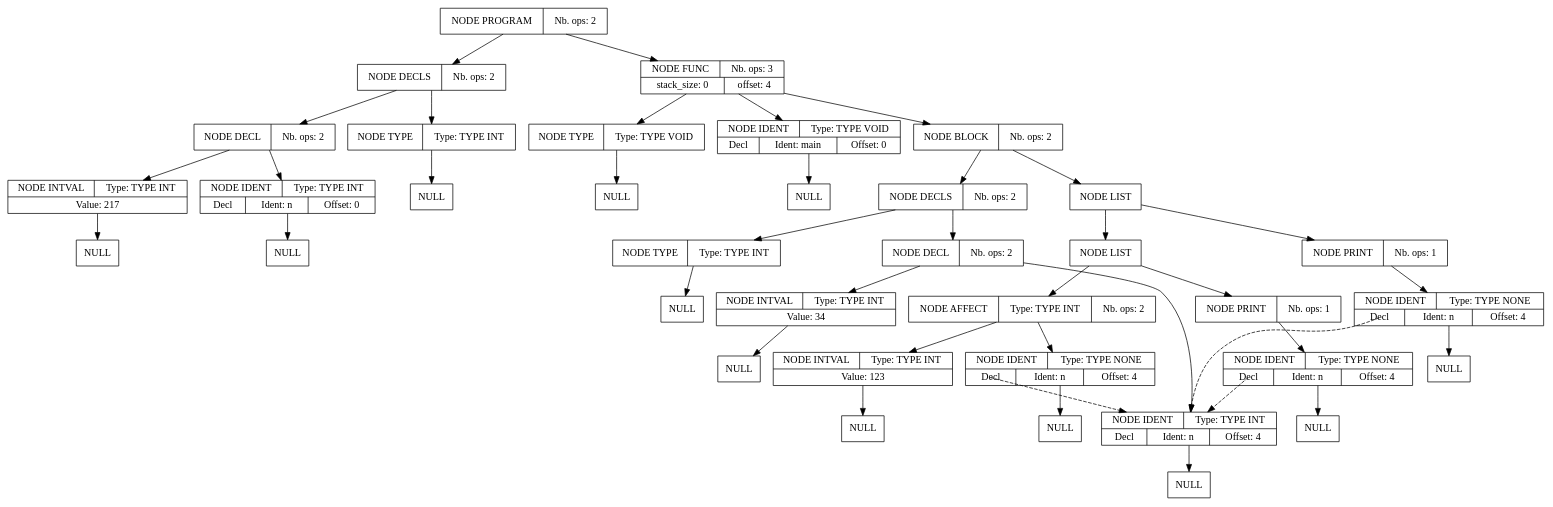
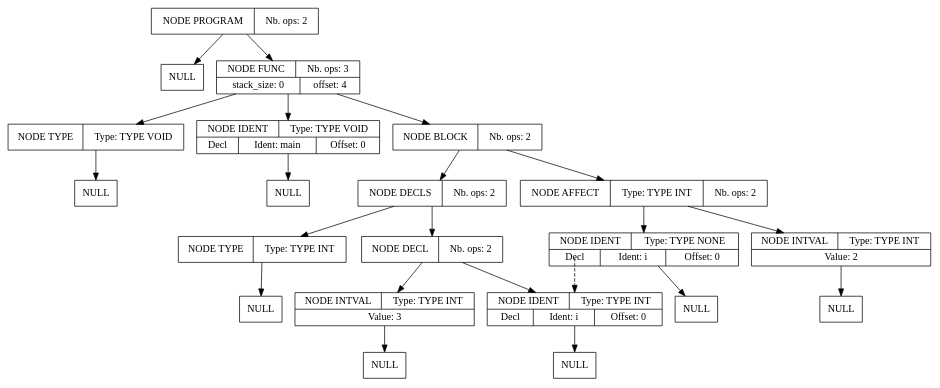
Before and after one commit to Serial-DeV/Compilation: the diagram in projet_compilation_src/src/fichier_dump_fin.dot, drawn with Graphviz. The commit also changed 3 other files, not shown here.

```diff
--- a/projet_compilation_src/src/fichier_dump_fin.dot
+++ b/projet_compilation_src/src/fichier_dump_fin.dot
@@ -1,114 +1,65 @@
 digraph global_vars {
     N1 [shape=record, label="{{NODE PROGRAM|Nb. ops: 2}}"];
-    N2 [shape=record, label="{{NODE DECLS|Nb. ops: 2}}"];
-    N3 [shape=record, label="{{NODE TYPE|Type: TYPE INT}}"];
-    N4 [shape=record, label="{{NULL}}"];
+    N2 [shape=record, label="{{NULL}}"];
+    edge[tailclip=true];
+    N1 -> N2
+    N3 [shape=record, label="{{NODE FUNC|Nb. ops: 3}|{stack_size: 0|offset: 4}}"];
+    N4 [shape=record, label="{{NODE TYPE|Type: TYPE VOID}}"];
+    N5 [shape=record, label="{{NULL}}"];
+    edge[tailclip=true];
+    N4 -> N5
     edge[tailclip=true];
     N3 -> N4
-    edge[tailclip=true];
-    N2 -> N3
-    N5 [shape=record, label="{{NODE DECL|Nb. ops: 2}}"];
-    N6 [shape=record, label="{{NODE IDENT|Type: TYPE INT}|{<decl>Decl      |Ident: n|Offset: 0}}"];
+    N6 [shape=record, label="{{NODE IDENT|Type: TYPE VOID}|{<decl>Decl      |Ident: main|Offset: 0}}"];
     N7 [shape=record, label="{{NULL}}"];
     edge[tailclip=true];
     N6 -> N7
     edge[tailclip=true];
-    N5 -> N6
-    N8 [shape=record, label="{{NODE INTVAL|Type: TYPE INT}|{Value: 217}}"];
-    N9 [shape=record, label="{{NULL}}"];
-    edge[tailclip=true];
-    N8 -> N9
-    edge[tailclip=true];
-    N5 -> N8
-    edge[tailclip=true];
-    N2 -> N5
-    edge[tailclip=true];
-    N1 -> N2
-    N10 [shape=record, label="{{NODE FUNC|Nb. ops: 3}|{stack_size: 0|offset: 4}}"];
-    N11 [shape=record, label="{{NODE TYPE|Type: TYPE VOID}}"];
-    N12 [shape=record, label="{{NULL}}"];
-    edge[tailclip=true];
-    N11 -> N12
+    N3 -> N6
+    N8 [shape=record, label="{{NODE BLOCK|Nb. ops: 2}}"];
+    N9 [shape=record, label="{{NODE DECLS|Nb. ops: 2}}"];
+    N10 [shape=record, label="{{NODE TYPE|Type: TYPE INT}}"];
+    N11 [shape=record, label="{{NULL}}"];
     edge[tailclip=true];
     N10 -> N11
-    N13 [shape=record, label="{{NODE IDENT|Type: TYPE VOID}|{<decl>Decl      |Ident: main|Offset: 0}}"];
+    edge[tailclip=true];
+    N9 -> N10
+    N12 [shape=record, label="{{NODE DECL|Nb. ops: 2}}"];
+    N13 [shape=record, label="{{NODE IDENT|Type: TYPE INT}|{<decl>Decl      |Ident: i|Offset: 0}}"];
     N14 [shape=record, label="{{NULL}}"];
     edge[tailclip=true];
     N13 -> N14
     edge[tailclip=true];
-    N10 -> N13
-    N15 [shape=record, label="{{NODE BLOCK|Nb. ops: 2}}"];
-    N16 [shape=record, label="{{NODE DECLS|Nb. ops: 2}}"];
-    N17 [shape=record, label="{{NODE TYPE|Type: TYPE INT}}"];
-    N18 [shape=record, label="{{NULL}}"];
+    N12 -> N13
+    N15 [shape=record, label="{{NODE INTVAL|Type: TYPE INT}|{Value: 3}}"];
+    N16 [shape=record, label="{{NULL}}"];
+    edge[tailclip=true];
+    N15 -> N16
+    edge[tailclip=true];
+    N12 -> N15
+    edge[tailclip=true];
+    N9 -> N12
+    edge[tailclip=true];
+    N8 -> N9
+    N17 [shape=record, label="{{NODE AFFECT|Type: TYPE INT|Nb. ops: 2}}"];
+    N18 [shape=record, label="{{NODE IDENT|Type: TYPE NONE}|{<decl>Decl      |Ident: i|Offset: 0}}"];
+    edge[tailclip=false];
+    "N18":decl:c -> "N13" [style=dashed]
+    N19 [shape=record, label="{{NULL}}"];
+    edge[tailclip=true];
+    N18 -> N19
     edge[tailclip=true];
     N17 -> N18
-    edge[tailclip=true];
-    N16 -> N17
-    N19 [shape=record, label="{{NODE DECL|Nb. ops: 2}}"];
-    N20 [shape=record, label="{{NODE IDENT|Type: TYPE INT}|{<decl>Decl      |Ident: n|Offset: 4}}"];
+    N20 [shape=record, label="{{NODE INTVAL|Type: TYPE INT}|{Value: 2}}"];
     N21 [shape=record, label="{{NULL}}"];
     edge[tailclip=true];
     N20 -> N21
     edge[tailclip=true];
-    N19 -> N20
-    N22 [shape=record, label="{{NODE INTVAL|Type: TYPE INT}|{Value: 34}}"];
-    N23 [shape=record, label="{{NULL}}"];
+    N17 -> N20
     edge[tailclip=true];
-    N22 -> N23
+    N8 -> N17
     edge[tailclip=true];
-    N19 -> N22
+    N3 -> N8
     edge[tailclip=true];
-    N16 -> N19
-    edge[tailclip=true];
-    N15 -> N16
-    N24 [shape=record, label="{{NODE LIST}}"];
-    N25 [shape=record, label="{{NODE LIST}}"];
-    N26 [shape=record, label="{{NODE PRINT|Nb. ops: 1}}"];
-    N27 [shape=record, label="{{NODE IDENT|Type: TYPE NONE}|{<decl>Decl      |Ident: n|Offset: 4}}"];
-    edge[tailclip=false];
-    "N27":decl:c -> "N20" [style=dashed]
-    N28 [shape=record, label="{{NULL}}"];
-    edge[tailclip=true];
-    N27 -> N28
-    edge[tailclip=true];
-    N26 -> N27
-    edge[tailclip=true];
-    N25 -> N26
-    N29 [shape=record, label="{{NODE AFFECT|Type: TYPE INT|Nb. ops: 2}}"];
-    N30 [shape=record, label="{{NODE IDENT|Type: TYPE NONE}|{<decl>Decl      |Ident: n|Offset: 4}}"];
-    edge[tailclip=false];
-    "N30":decl:c -> "N20" [style=dashed]
-    N31 [shape=record, label="{{NULL}}"];
-    edge[tailclip=true];
-    N30 -> N31
-    edge[tailclip=true];
-    N29 -> N30
-    N32 [shape=record, label="{{NODE INTVAL|Type: TYPE INT}|{Value: 123}}"];
-    N33 [shape=record, label="{{NULL}}"];
-    edge[tailclip=true];
-    N32 -> N33
-    edge[tailclip=true];
-    N29 -> N32
-    edge[tailclip=true];
-    N25 -> N29
-    edge[tailclip=true];
-    N24 -> N25
-    N34 [shape=record, label="{{NODE PRINT|Nb. ops: 1}}"];
-    N35 [shape=record, label="{{NODE IDENT|Type: TYPE NONE}|{<decl>Decl      |Ident: n|Offset: 4}}"];
-    edge[tailclip=false];
-    "N35":decl:c -> "N20" [style=dashed]
-    N36 [shape=record, label="{{NULL}}"];
-    edge[tailclip=true];
-    N35 -> N36
-    edge[tailclip=true];
-    N34 -> N35
-    edge[tailclip=true];
-    N24 -> N34
-    edge[tailclip=true];
-    N15 -> N24
-    edge[tailclip=true];
-    N10 -> N15
-    edge[tailclip=true];
-    N1 -> N10
+    N1 -> N3
 }
```
